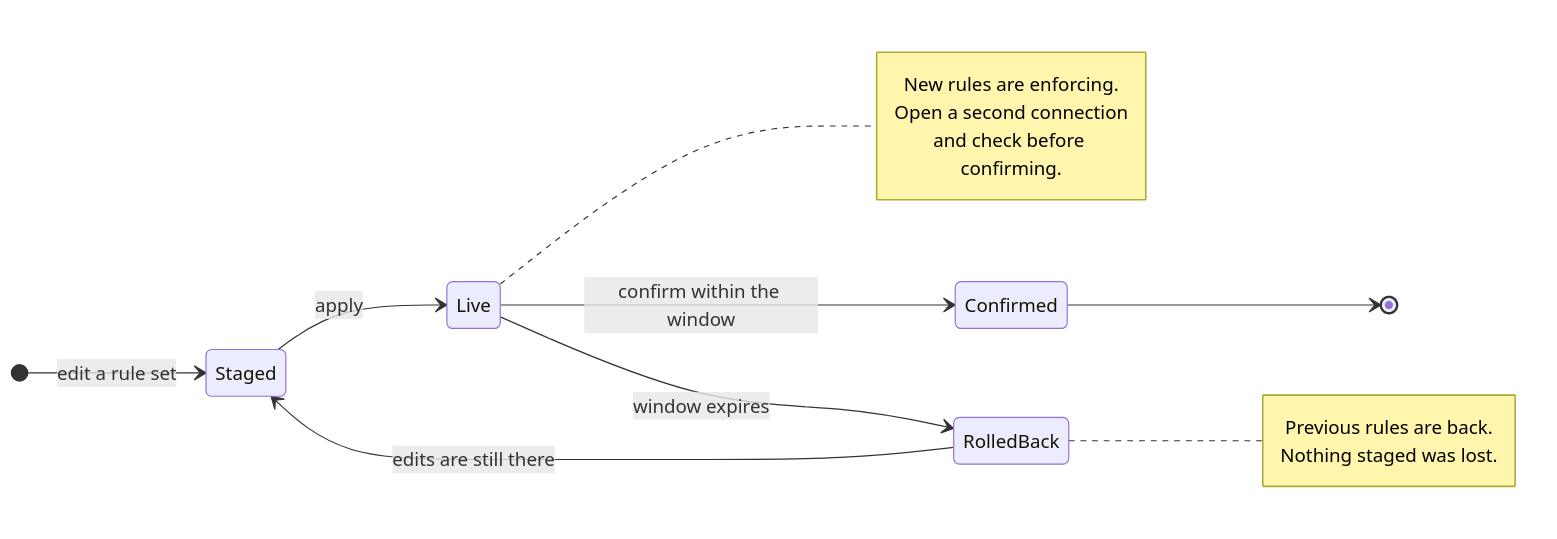
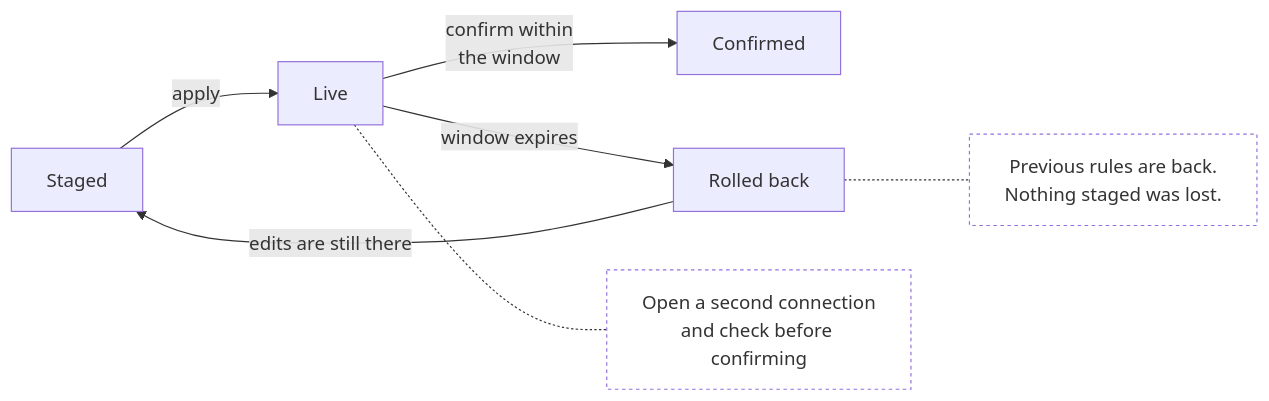
The diagram in docs/_diagrams/apply-flow.mmd (jp1337/easywall), drawn with Mermaid before and after one commit. The commit also changed 41 other files, not shown here.

```diff
--- a/docs/_diagrams/apply-flow.mmd
+++ b/docs/_diagrams/apply-flow.mmd
@@ -1,19 +1,10 @@
-stateDiagram-v2
-  direction LR
-  [*] --> Staged: edit a rule set
-  Staged --> Live: apply
-  Live --> Confirmed: confirm within the window
-  Live --> RolledBack: window expires
-  RolledBack --> Staged: edits are still there
-  Confirmed --> [*]
+flowchart LR
+  S["Staged"] -->|"apply"| L["Live"]
+  L -->|"confirm within<br/>the window"| C["Confirmed"]
+  L -->|"window expires"| R["Rolled back"]
+  R -->|"edits are still there"| S
+  L -.- N1["Open a second connection<br/>and check before confirming"]
+  R -.- N2["Previous rules are back.<br/>Nothing staged was lost."]
 
-  note right of Live
-    New rules are enforcing.
-    Open a second connection
-    and check before confirming.
-  end note
-
-  note right of RolledBack
-    Previous rules are back.
-    Nothing staged was lost.
-  end note
+  classDef note fill:none,stroke-dasharray:3 3
+  class N1,N2 note
```
